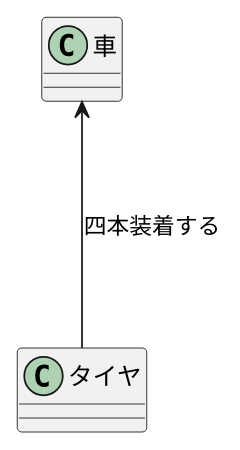
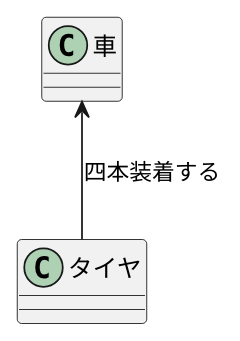
The diagram in 演習3-4_オブジェクト図.pu (tsushima0612/-), drawn with PlantUML before and after one commit. The commit also changed 5 other files, not shown here.

```diff
--- a/演習3-4_オブジェクト図.pu
+++ b/演習3-4_オブジェクト図.pu
@@ -1,6 +1,6 @@
 @startuml 演習3-4_オブジェクト図
 class 車{}
 class タイヤ{}
 
-車 <--- タイヤ:四本装着する
+車 <-- タイヤ:四本装着する
 @enduml
```
